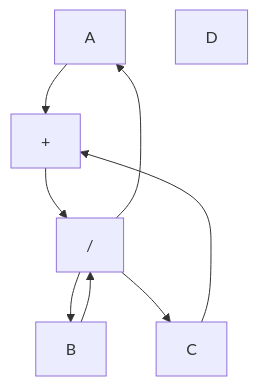
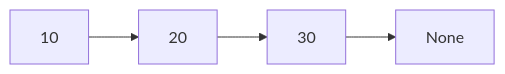
Diagram 15 of 45 in GTU Paper Solution in Gujarati.md (milavdabgar/Data-Structures), drawn with Mermaid before and after one commit. The commit also changed other lines of this file and 1 other file, not shown here.

````diff
--- a/GTU Paper Solution in Gujarati.md
+++ b/GTU Paper Solution in Gujarati.md
@@ -712,11 +753,6 @@
 ```mermaid
-graph TD;
-    A --> +;
-    B --> /;
-    C --> +;
-    D;
-    + --> /;
-    / --> A;
-    / --> B;
-    / --> C;
+graph LR
+    A[10] --> B[20]
+    B --> C[30]
+    C --> D[None]
 ```
````
